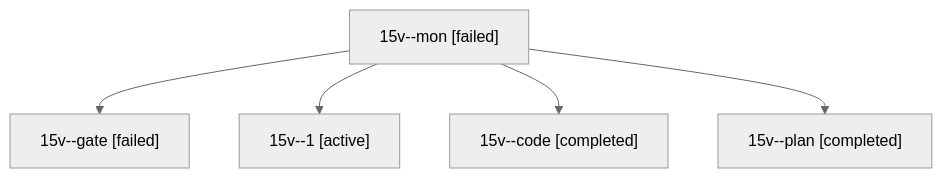
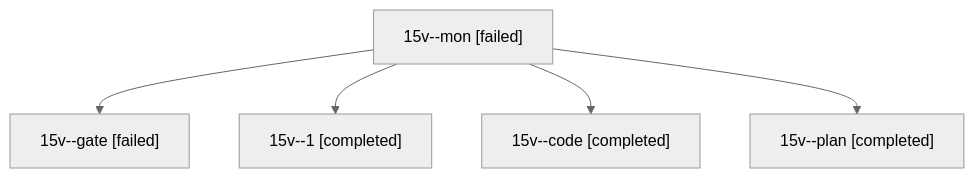
One commit to sase-org/sase--agents changed the diagram in sessions/bbugyi200.athena.15v.md. Above: the diagram before and after it, drawn with Mermaid (neutral theme). The commit also changed other lines of this file and 20 other files, not shown here.

````diff
--- a/sessions/bbugyi200.athena.15v.md
+++ b/sessions/bbugyi200.athena.15v.md
@@ -9,12 +9,12 @@
 ```mermaid
 flowchart TD
   n0["15v--mon [failed]"]
   n1["15v--gate [failed]"]
   n0 --> n1
-  n2["15v--1 [active]"]
+  n2["15v--1 [completed]"]
   n0 --> n2
   n3["15v--code [completed]"]
   n0 --> n3
   n4["15v--plan [completed]"]
   n0 --> n4
 ```
````
